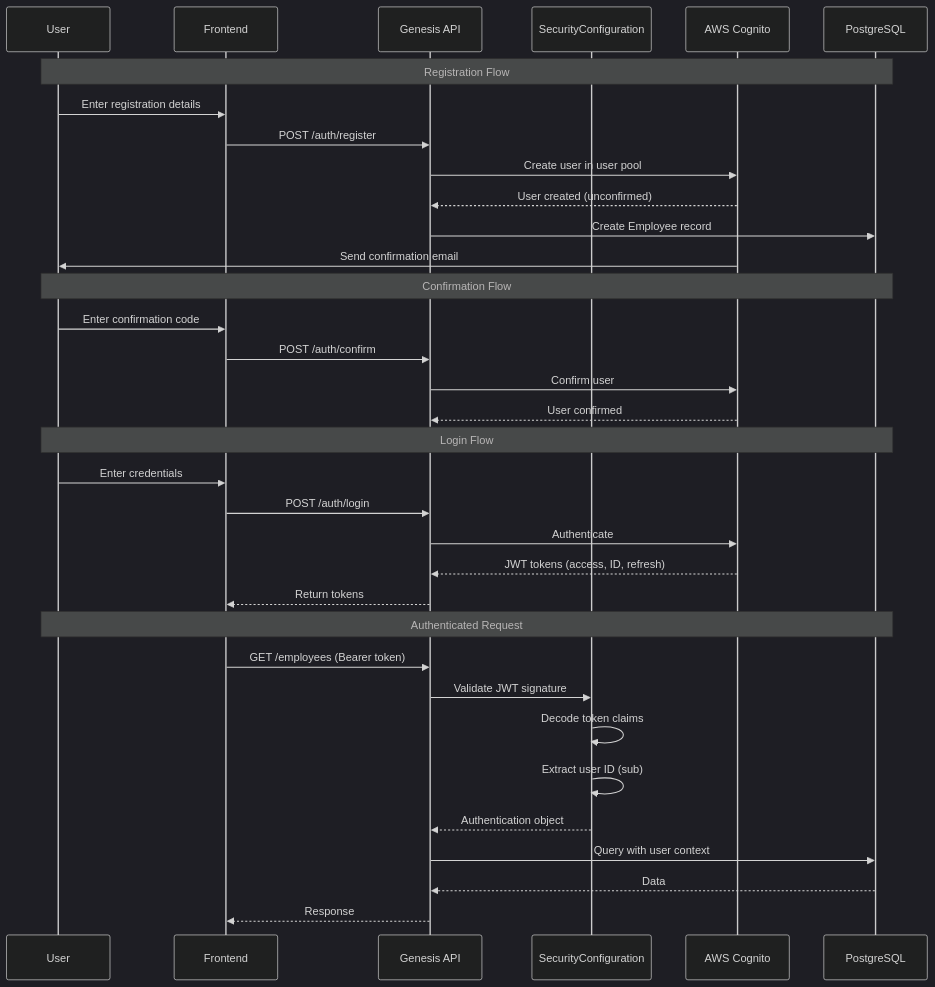
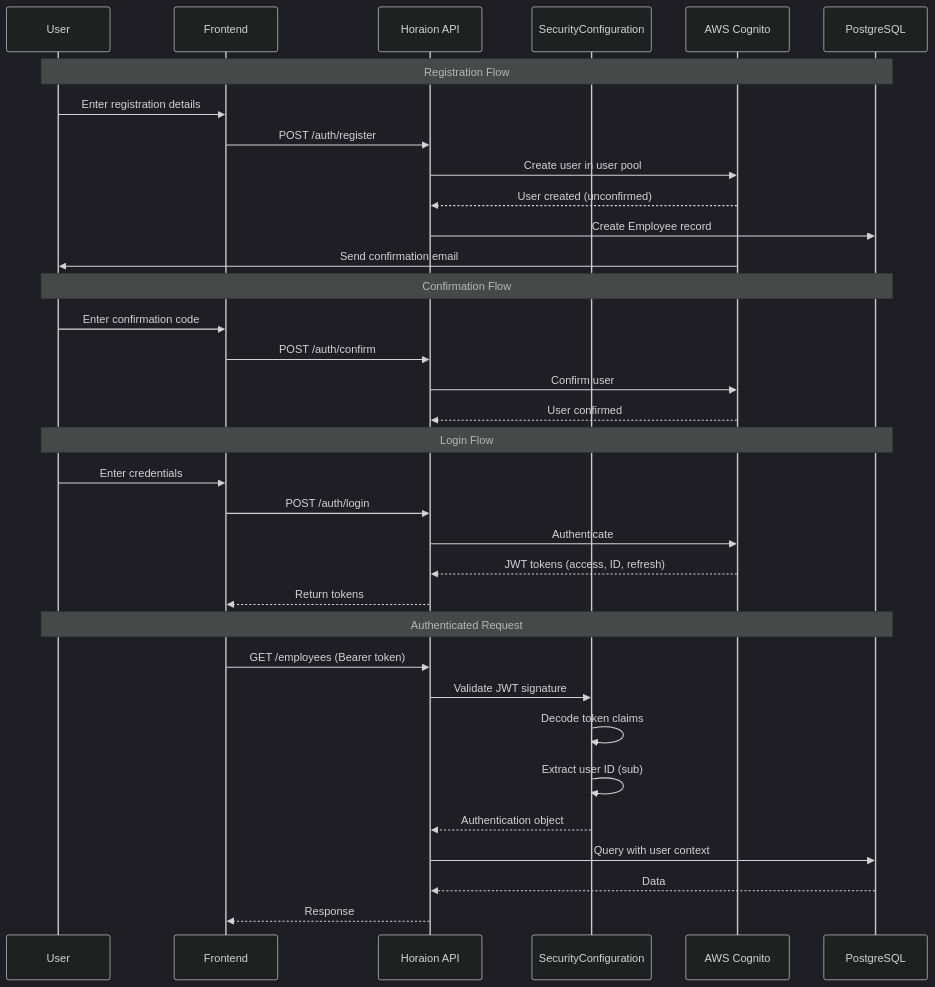
Before and after one commit to moses1998lee/horaion-documentation: the third of 8 diagrams in technical_documentation/02_SYSTEM_ARCHITECTURE.md, drawn with Mermaid (dark theme). The commit also changed other lines of this file and 4 other files, not shown here.

Commit message:
docs: Add comprehensive documentation for the auth module and rename the project from Genesis to Horaion in system architecture.

````diff
--- a/technical_documentation/02_SYSTEM_ARCHITECTURE.md
+++ b/technical_documentation/02_SYSTEM_ARCHITECTURE.md
@@ -290,40 +279,40 @@
 ```mermaid
 sequenceDiagram
     participant User
     participant Frontend
-    participant API as Genesis API
+    participant API as Horaion API
     participant Security as SecurityConfiguration
     participant Cognito as AWS Cognito
     participant DB as PostgreSQL
     
     Note over User,DB: Registration Flow
     User->>Frontend: Enter registration details
     Frontend->>API: POST /auth/register
     API->>Cognito: Create user in user pool
     Cognito-->>API: User created (unconfirmed)
     API->>DB: Create Employee record
     Cognito->>User: Send confirmation email
     
     Note over User,DB: Confirmation Flow
     User->>Frontend: Enter confirmation code
     Frontend->>API: POST /auth/confirm
     API->>Cognito: Confirm user
     Cognito-->>API: User confirmed
     
     Note over User,DB: Login Flow
     User->>Frontend: Enter credentials
     Frontend->>API: POST /auth/login
     API->>Cognito: Authenticate
     Cognito-->>API: JWT tokens (access, ID, refresh)
     API-->>Frontend: Return tokens
     
     Note over User,DB: Authenticated Request
     Frontend->>API: GET /employees (Bearer token)
     API->>Security: Validate JWT signature
     Security->>Security: Decode token claims
     Security->>Security: Extract user ID (sub)
     Security-->>API: Authentication object
     API->>DB: Query with user context
     DB-->>API: Data
     API-->>Frontend: Response
 ```
````
